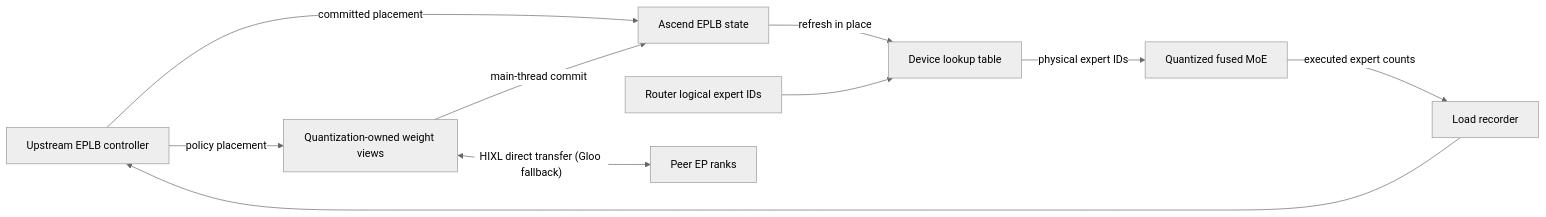
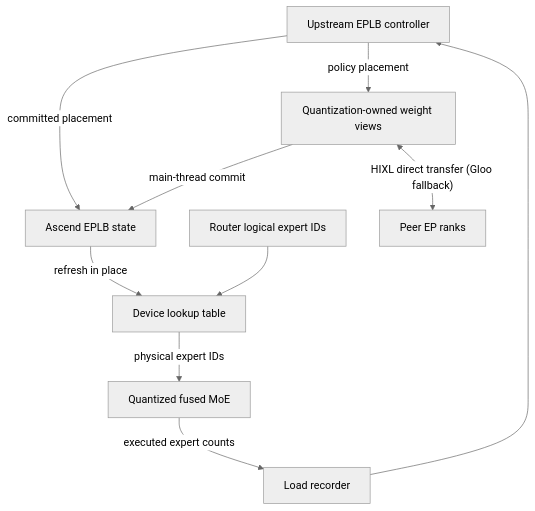
The diagram in docs/source/developer_guide/Design_Documents/model_runner_v2_eplb.md (vllm-project/vllm-ascend), drawn with Mermaid (neutral theme) before and after one commit. The commit also changed 3 other files, not shown here.

````diff
--- a/docs/source/developer_guide/Design_Documents/model_runner_v2_eplb.md
+++ b/docs/source/developer_guide/Design_Documents/model_runner_v2_eplb.md
@@ -32,12 +32,12 @@
 ```mermaid
-flowchart LR
+flowchart TD
     A["Upstream EPLB controller"] -->|"committed placement"| B["Ascend EPLB state"]
     B -->|"refresh in place"| C["Device lookup table"]
     D["Router logical expert IDs"] --> C
     C -->|"physical expert IDs"| E["Quantized fused MoE"]
     E -->|"executed expert counts"| F["Load recorder"]
     F --> A
     A -->|"policy placement"| G["Quantization-owned weight views"]
     G <-->|"HIXL direct transfer (Gloo fallback)"| H["Peer EP ranks"]
     G -->|"main-thread commit"| B
 ```
````
